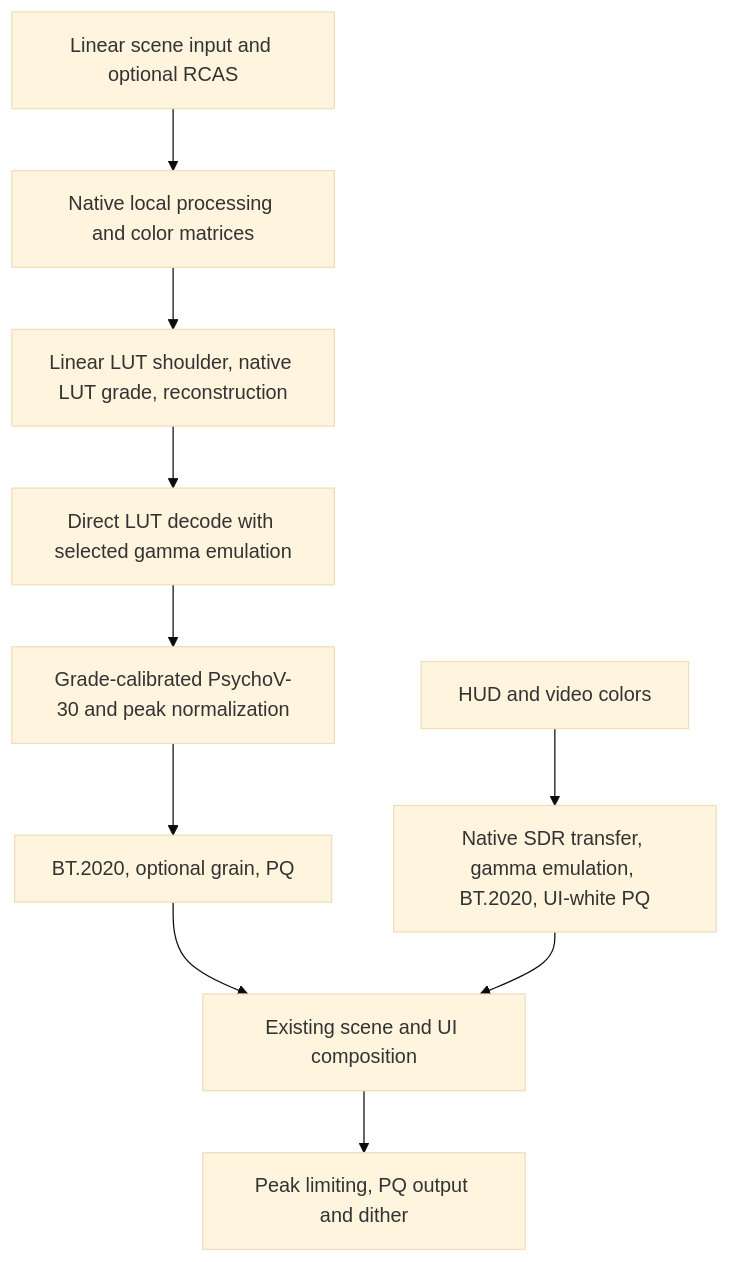
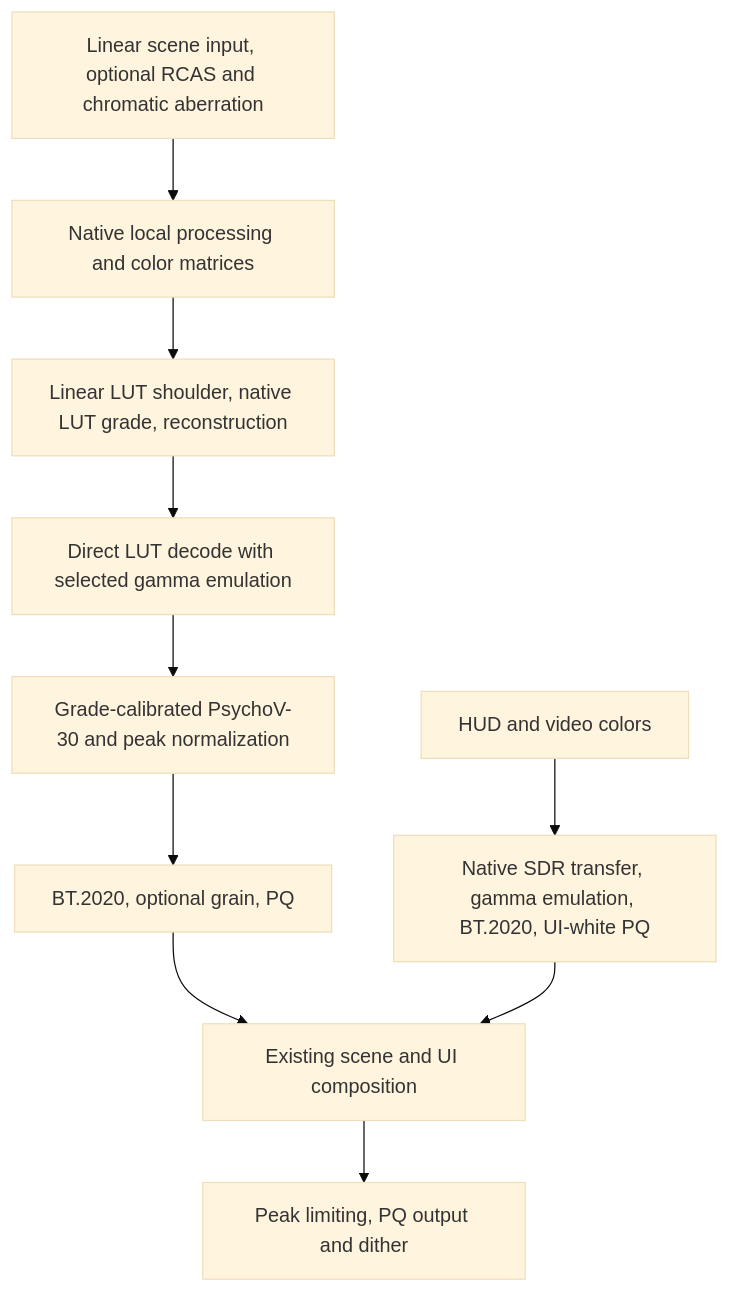
The diagram in src/games/gotsushima/README.md (hartapfel/renodx), drawn with Mermaid (base theme) before and after one commit. The commit also changed other lines of this file and 6 other files, not shown here.

Commit message:
[mod:gotsushima] Add configurable chromatic aberration

````diff
--- a/src/games/gotsushima/README.md
+++ b/src/games/gotsushima/README.md
@@ -78,12 +81,12 @@
 ```mermaid
 flowchart TD
-    A[Linear scene input and optional RCAS] --> B[Native local processing and color matrices]
+    A[Linear scene input, optional RCAS and chromatic aberration] --> B[Native local processing and color matrices]
     B --> C[Linear LUT shoulder, native LUT grade, reconstruction]
     C --> T[Direct LUT decode with selected gamma emulation]
     T --> D[Grade-calibrated PsychoV-30 and peak normalization]
     D --> E[BT.2020, optional grain, PQ]
     U[HUD and video colors] --> V[Native SDR transfer, gamma emulation, BT.2020, UI-white PQ]
     E --> F[Existing scene and UI composition]
     V --> F
     F --> G[Peak limiting, PQ output and dither]
 ```
````
